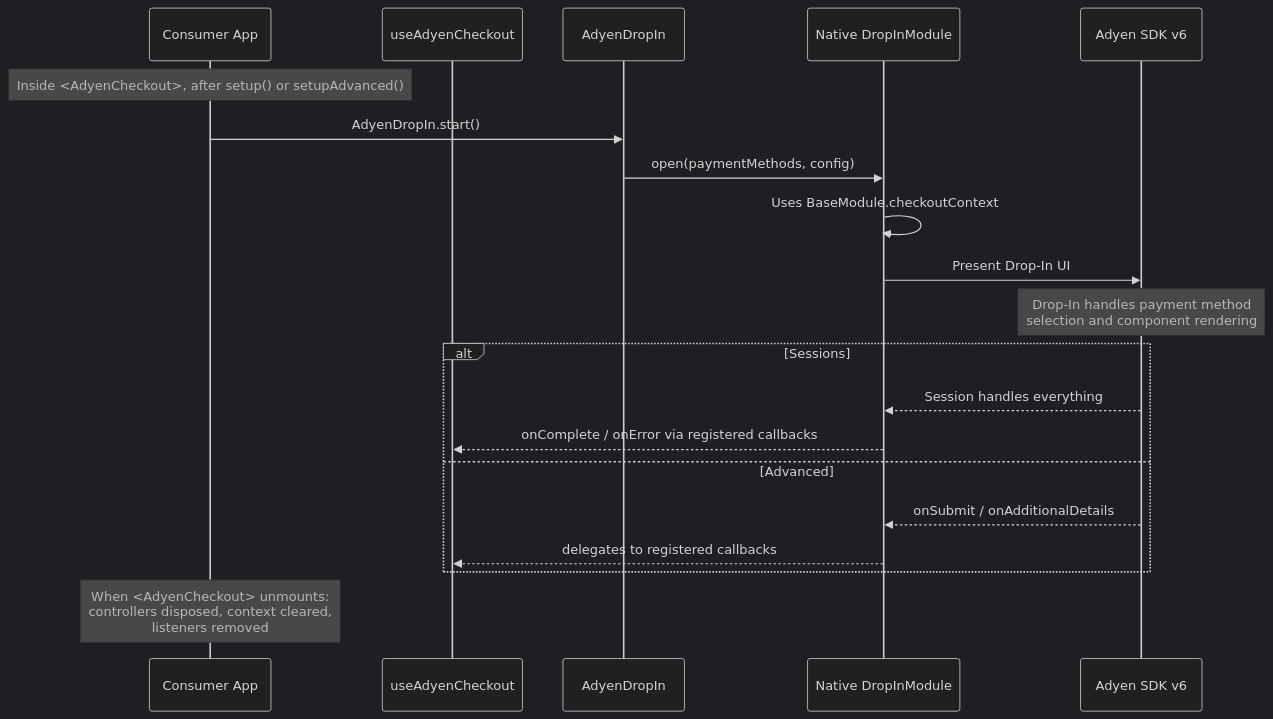
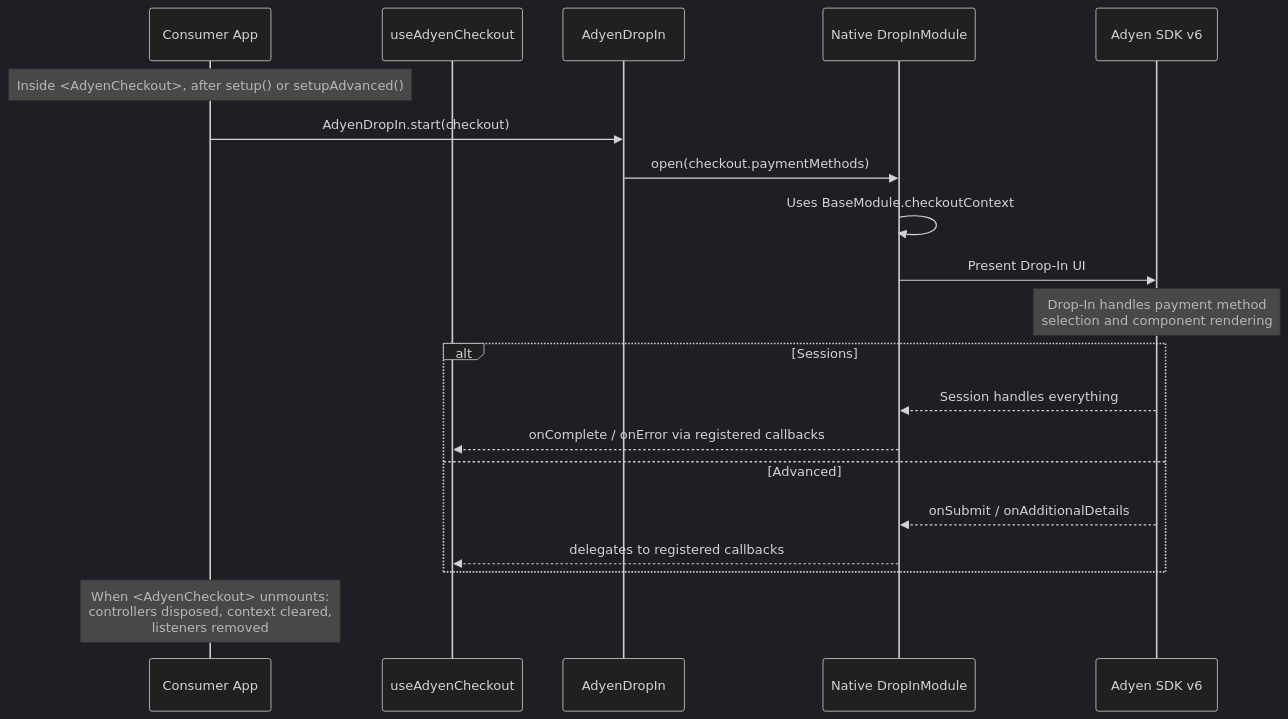
Before and after one commit to Adyen/adyen-react-native: the sixth of 7 diagrams in docs/v6-public-api-proposal.md, drawn with Mermaid (dark theme). The commit also changed other lines of this file and 48 other files, not shown here.

````diff
--- a/docs/v6-public-api-proposal.md
+++ b/docs/v6-public-api-proposal.md
@@ -238,27 +239,27 @@
 ```mermaid
 sequenceDiagram
     participant App as Consumer App
     participant Hook as useAdyenCheckout
     participant DropIn as AdyenDropIn
     participant Native as Native DropInModule
     participant SDK as Adyen SDK v6
 
     Note over App: Inside <AdyenCheckout>, after setup() or setupAdvanced()
 
-    App->>DropIn: AdyenDropIn.start()
-    DropIn->>Native: open(paymentMethods, config)
+    App->>DropIn: AdyenDropIn.start(checkout)
+    DropIn->>Native: open(checkout.paymentMethods)
     Native->>Native: Uses BaseModule.checkoutContext
     Native->>SDK: Present Drop-In UI
 
     Note over SDK: Drop-In handles payment method<br/>selection and component rendering
 
     alt Sessions
         SDK-->>Native: Session handles everything
         Native-->>Hook: onComplete / onError via registered callbacks
     else Advanced
         SDK-->>Native: onSubmit / onAdditionalDetails
         Native-->>Hook: delegates to registered callbacks
     end
 
     Note over App: When <AdyenCheckout> unmounts:<br/>controllers disposed, context cleared,<br/>listeners removed
 ```
````
